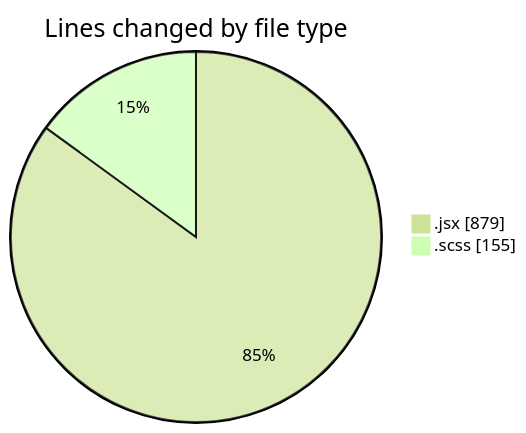
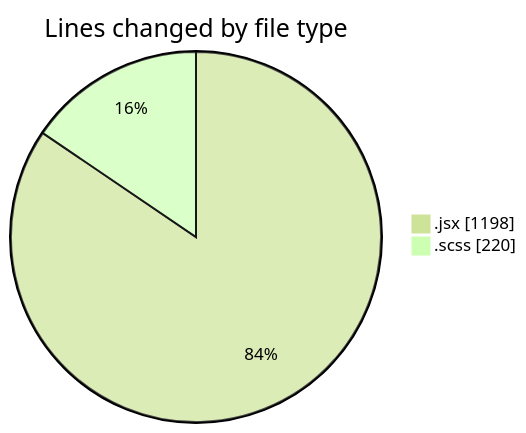
The first of 2 diagrams in 2026-09-02/cda/README.md (momahboobian/code-tracking), drawn with Mermaid (forest theme) before and after one commit. The commit also changed other lines of this file and 1 other file, not shown here.

````diff
--- a/2026-09-02/cda/README.md
+++ b/2026-09-02/cda/README.md
@@ -24,6 +25,6 @@
 ```mermaid
 pie showData
 title Lines changed by file type
-".jsx" : 879
-".scss" : 155
+".jsx" : 1198
+".scss" : 220
 ```
````
